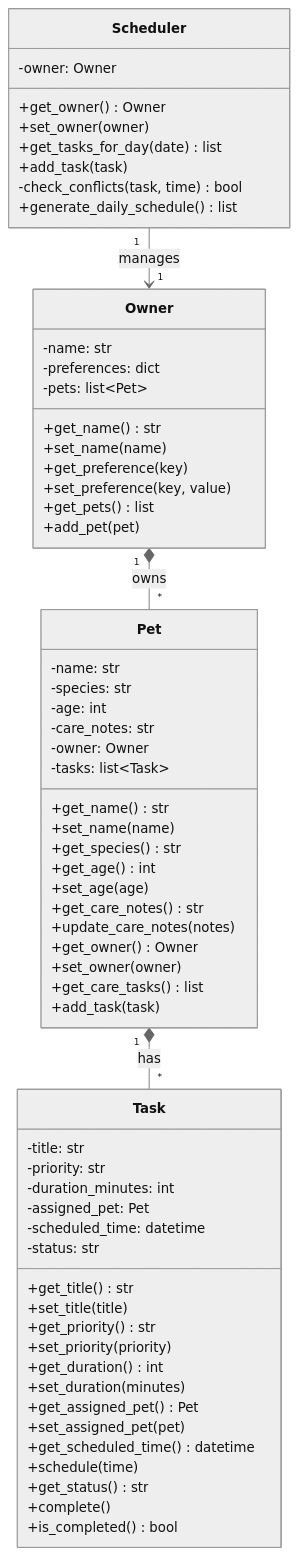
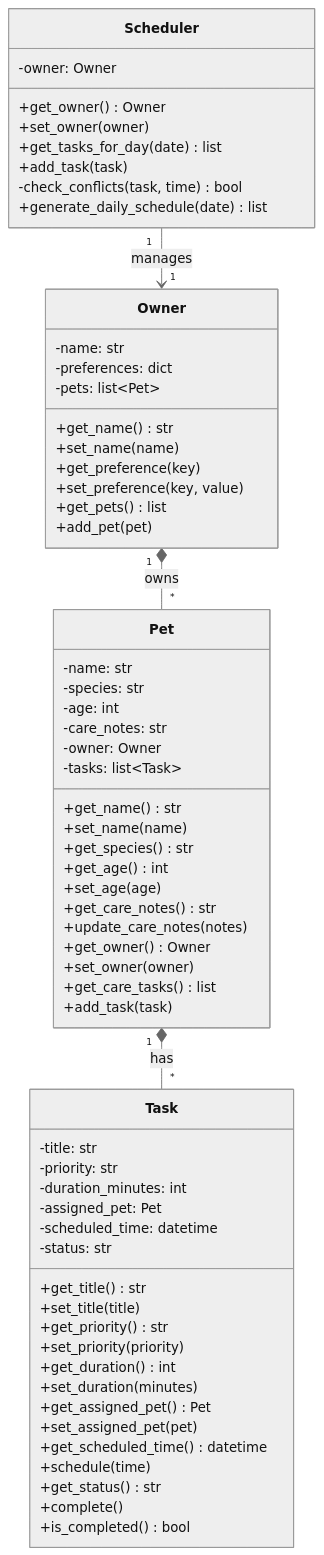
The diagram in UML.md (MelodyW2022/ai110-module2show-pawpal-starter), drawn with Mermaid (neutral theme) before and after one commit. The commit also changed 2 other files, not shown here.

Commit message:
fix: add date param to generate_daily_schedule and clarify add_task ownership

````diff
--- a/UML.md
+++ b/UML.md
@@ -3,70 +3,70 @@
 ```mermaid
 classDiagram
     class Owner {
         -name: str
         -preferences: dict
         -pets: list~Pet~
         +get_name() str
         +set_name(name)
         +get_preference(key)
         +set_preference(key, value)
         +get_pets() list
         +add_pet(pet)
     }
 
     class Pet {
         -name: str
         -species: str
         -age: int
         -care_notes: str
         -owner: Owner
         -tasks: list~Task~
         +get_name() str
         +set_name(name)
         +get_species() str
         +get_age() int
         +set_age(age)
         +get_care_notes() str
         +update_care_notes(notes)
         +get_owner() Owner
         +set_owner(owner)
         +get_care_tasks() list
         +add_task(task)
     }
 
     class Task {
         -title: str
         -priority: str
         -duration_minutes: int
         -assigned_pet: Pet
         -scheduled_time: datetime
         -status: str
         +get_title() str
         +set_title(title)
         +get_priority() str
         +set_priority(priority)
         +get_duration() int
         +set_duration(minutes)
         +get_assigned_pet() Pet
         +set_assigned_pet(pet)
         +get_scheduled_time() datetime
         +schedule(time)
         +get_status() str
         +complete()
         +is_completed() bool
     }
 
     class Scheduler {
         -owner: Owner
         +get_owner() Owner
         +set_owner(owner)
         +get_tasks_for_day(date) list
         +add_task(task)
         -check_conflicts(task, time) bool
-        +generate_daily_schedule() list
+        +generate_daily_schedule(date) list
     }
 
     Owner "1" *-- "*" Pet : owns
     Pet "1" *-- "*" Task : has
     Scheduler "1" --> "1" Owner : manages
 ```
````
